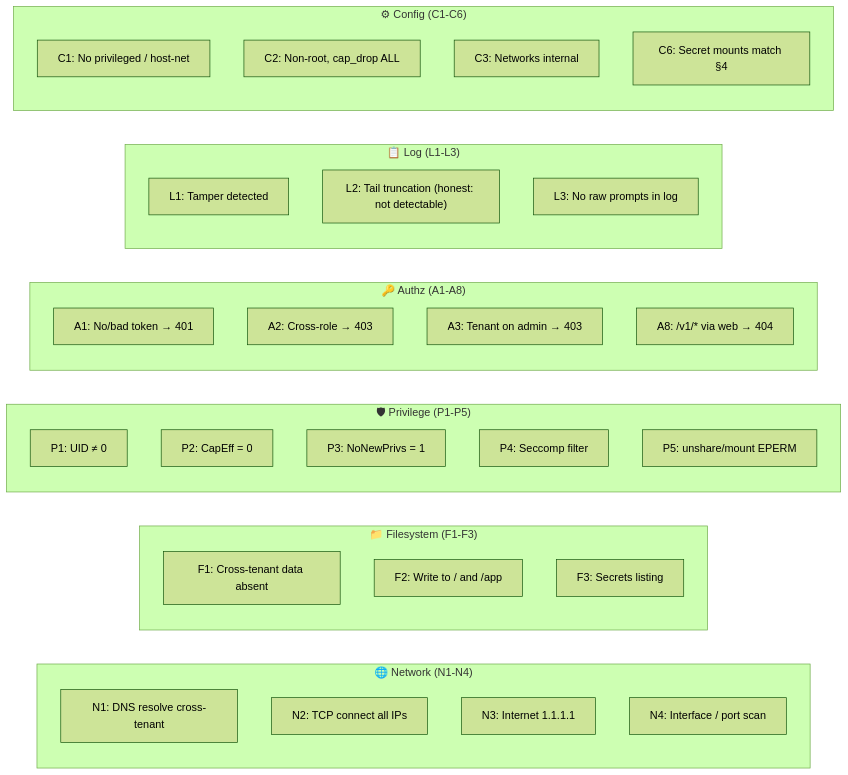
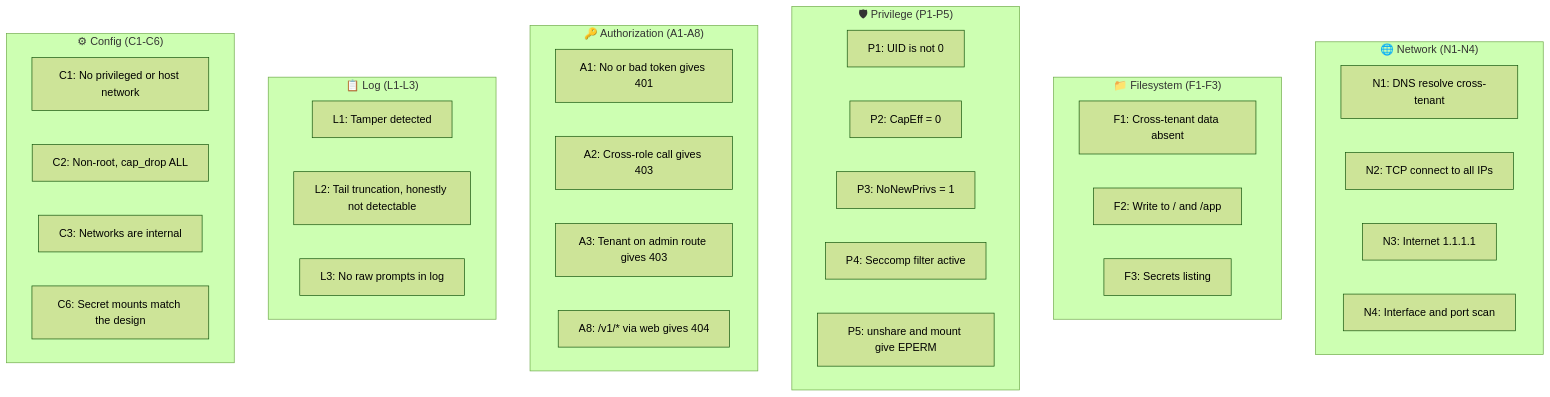
One commit to harshsingh2275/Bayora changed the sixth of 6 diagrams in README.md. Above: the diagram before and after it, drawn with Mermaid (forest theme). The commit also changed other lines of this file and 2 other files, not shown here.

````diff
--- a/README.md
+++ b/README.md
@@ -219,38 +258,38 @@
 ```mermaid
-flowchart LR
+flowchart TB
     subgraph Network["🌐 Network (N1-N4)"]
         N1["N1: DNS resolve cross-tenant"]
-        N2["N2: TCP connect all IPs"]
+        N2["N2: TCP connect to all IPs"]
         N3["N3: Internet 1.1.1.1"]
-        N4["N4: Interface / port scan"]
+        N4["N4: Interface and port scan"]
     end
     subgraph Filesystem["📁 Filesystem (F1-F3)"]
         F1["F1: Cross-tenant data absent"]
         F2["F2: Write to / and /app"]
         F3["F3: Secrets listing"]
     end
     subgraph Privilege["🛡 Privilege (P1-P5)"]
-        P1["P1: UID ≠ 0"]
+        P1["P1: UID is not 0"]
         P2["P2: CapEff = 0"]
         P3["P3: NoNewPrivs = 1"]
-        P4["P4: Seccomp filter"]
-        P5["P5: unshare/mount EPERM"]
+        P4["P4: Seccomp filter active"]
+        P5["P5: unshare and mount give EPERM"]
     end
-    subgraph Authz["🔑 Authz (A1-A8)"]
-        A1["A1: No/bad token → 401"]
-        A2["A2: Cross-role → 403"]
-        A3["A3: Tenant on admin → 403"]
-        A8["A8: /v1/* via web → 404"]
+    subgraph Authz["🔑 Authorization (A1-A8)"]
+        A1["A1: No or bad token gives 401"]
+        A2["A2: Cross-role call gives 403"]
+        A3["A3: Tenant on admin route gives 403"]
+        A8["A8: /v1/* via web gives 404"]
     end
-    subgraph Log["📋 Log (L1-L3)"]
+    subgraph LogProbes["📋 Log (L1-L3)"]
         L1["L1: Tamper detected"]
-        L2["L2: Tail truncation (honest: not detectable)"]
+        L2["L2: Tail truncation, honestly not detectable"]
         L3["L3: No raw prompts in log"]
     end
     subgraph Config["⚙ Config (C1-C6)"]
-        C1["C1: No privileged / host-net"]
+        C1["C1: No privileged or host network"]
         C2["C2: Non-root, cap_drop ALL"]
-        C3["C3: Networks internal"]
-        C6["C6: Secret mounts match §4"]
+        C3["C3: Networks are internal"]
+        C6["C6: Secret mounts match the design"]
     end
 ```
````
